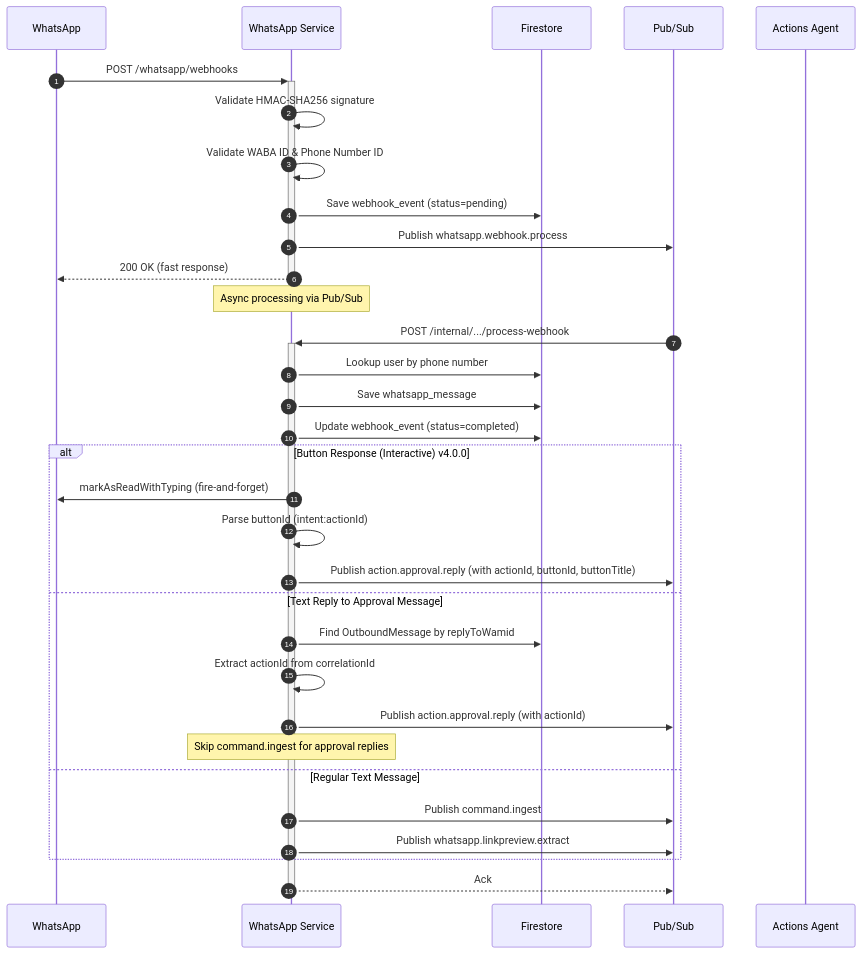
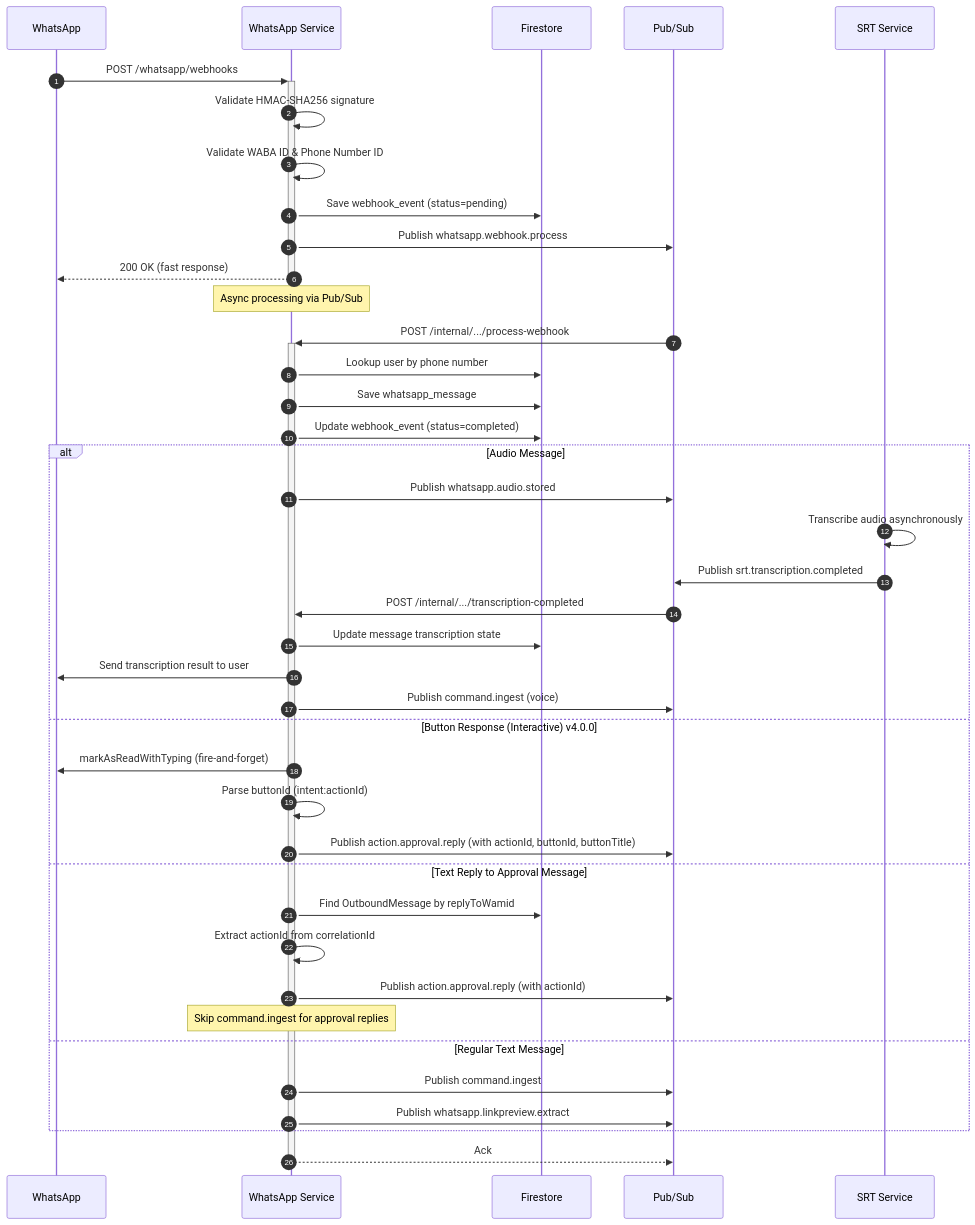
One commit to pbuchman/intexuraos changed the second of 3 diagrams in docs/services/whatsapp-service/technical.md. Above: the diagram before and after it, drawn with Mermaid. The commit also changed other lines of this file and 134 other files, not shown here.

````diff
--- a/docs/services/whatsapp-service/technical.md
+++ b/docs/services/whatsapp-service/technical.md
@@ -35,39 +37,47 @@
 ```mermaid
 sequenceDiagram
     autonumber
     participant WA as WhatsApp
     participant WS as WhatsApp Service
     participant FS as Firestore
     participant PS as Pub/Sub
-    participant AA as Actions Agent
+    participant SRT as SRT Service
 
     WA->>+WS: POST /whatsapp/webhooks
     WS->>WS: Validate HMAC-SHA256 signature
     WS->>WS: Validate WABA ID & Phone Number ID
     WS->>FS: Save webhook_event (status=pending)
     WS->>PS: Publish whatsapp.webhook.process
     WS-->>-WA: 200 OK (fast response)
 
     Note over WS: Async processing via Pub/Sub
 
     PS->>+WS: POST /internal/.../process-webhook
     WS->>FS: Lookup user by phone number
     WS->>FS: Save whatsapp_message
     WS->>FS: Update webhook_event (status=completed)
 
-    alt Button Response (Interactive) v4.0.0
+    alt Audio Message
+        WS->>PS: Publish whatsapp.audio.stored
+        SRT->>SRT: Transcribe audio asynchronously
+        SRT->>PS: Publish srt.transcription.completed
+        PS->>WS: POST /internal/.../transcription-completed
+        WS->>FS: Update message transcription state
+        WS->>WA: Send transcription result to user
+        WS->>PS: Publish command.ingest (voice)
+    else Button Response (Interactive) v4.0.0
         WS->>WA: markAsReadWithTyping (fire-and-forget)
         WS->>WS: Parse buttonId (intent:actionId)
         WS->>PS: Publish action.approval.reply (with actionId, buttonId, buttonTitle)
     else Text Reply to Approval Message
         WS->>FS: Find OutboundMessage by replyToWamid
         WS->>WS: Extract actionId from correlationId
         WS->>PS: Publish action.approval.reply (with actionId)
         Note over WS: Skip command.ingest for approval replies
     else Regular Text Message
         WS->>PS: Publish command.ingest
         WS->>PS: Publish whatsapp.linkpreview.extract
     end
 
     WS-->>-PS: Ack
 ```
````
